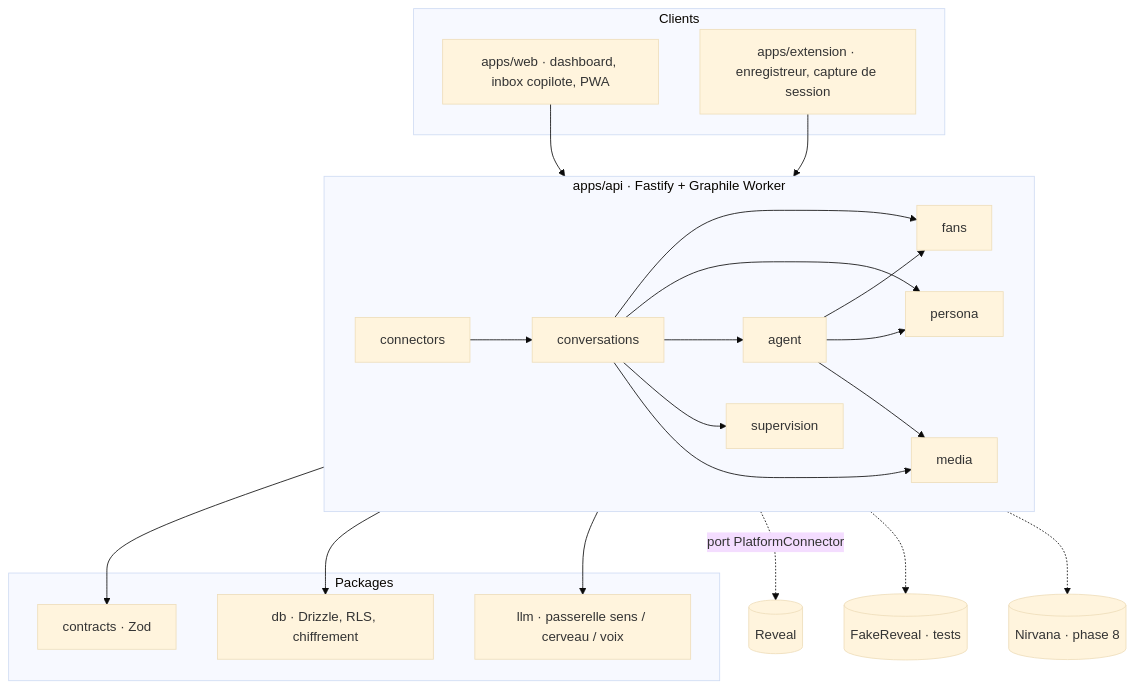
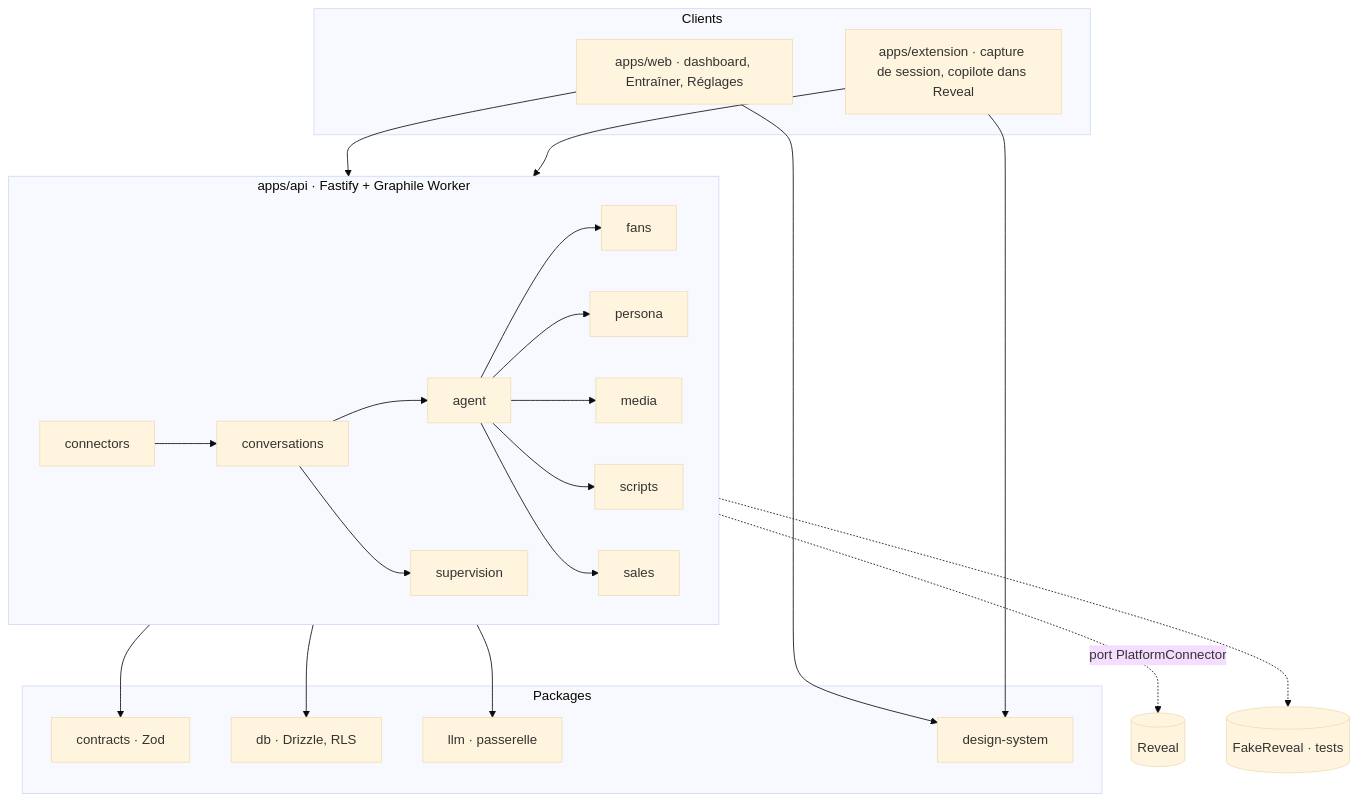
Before and after one commit to LeyZee/nirvana: the second of 2 diagrams in README.md, drawn with Mermaid (base theme). The commit also changed other lines of this file and 9 other files, not shown here.

First line of the commit message:
docs: bring the README up to date and show the design system in images (#23)

````diff
--- a/README.md
+++ b/README.md
@@ -93,32 +108,33 @@
 ```mermaid
 flowchart TB
   subgraph Clients
-    W[apps/web · dashboard, inbox copilote, PWA]
-    X[apps/extension · enregistreur, capture de session]
+    W[apps/web · dashboard, Entraîner, Réglages]
+    X[apps/extension · capture de session, copilote dans Reveal]
   end
   subgraph API["apps/api · Fastify + Graphile Worker"]
     direction LR
     CO[connectors] --> CV[conversations]
-    CV --> FA[fans]
-    CV --> PE[persona]
     CV --> AG[agent]
+    AG --> FA[fans]
+    AG --> PE[persona]
+    AG --> ME[media]
+    AG --> SC[scripts]
+    AG --> SA[sales]
     CV --> SU[supervision]
-    CV --> ME[media]
-    AG --> FA
-    AG --> PE
-    AG --> ME
   end
   subgraph Packages
     CT[contracts · Zod]
-    DB[db · Drizzle, RLS, chiffrement]
-    LLM[llm · passerelle sens / cerveau / voix]
+    DB[db · Drizzle, RLS]
+    LLM[llm · passerelle]
+    DS[design-system]
   end
   W --> API
   X --> API
+  W --> DS
+  X --> DS
   API --> CT
   API --> DB
   API --> LLM
   CO -.port PlatformConnector.-> R[(Reveal)]
   CO -.-> FR[(FakeReveal · tests)]
-  CO -.-> N[(Nirvana · phase 8)]
 ```
````
